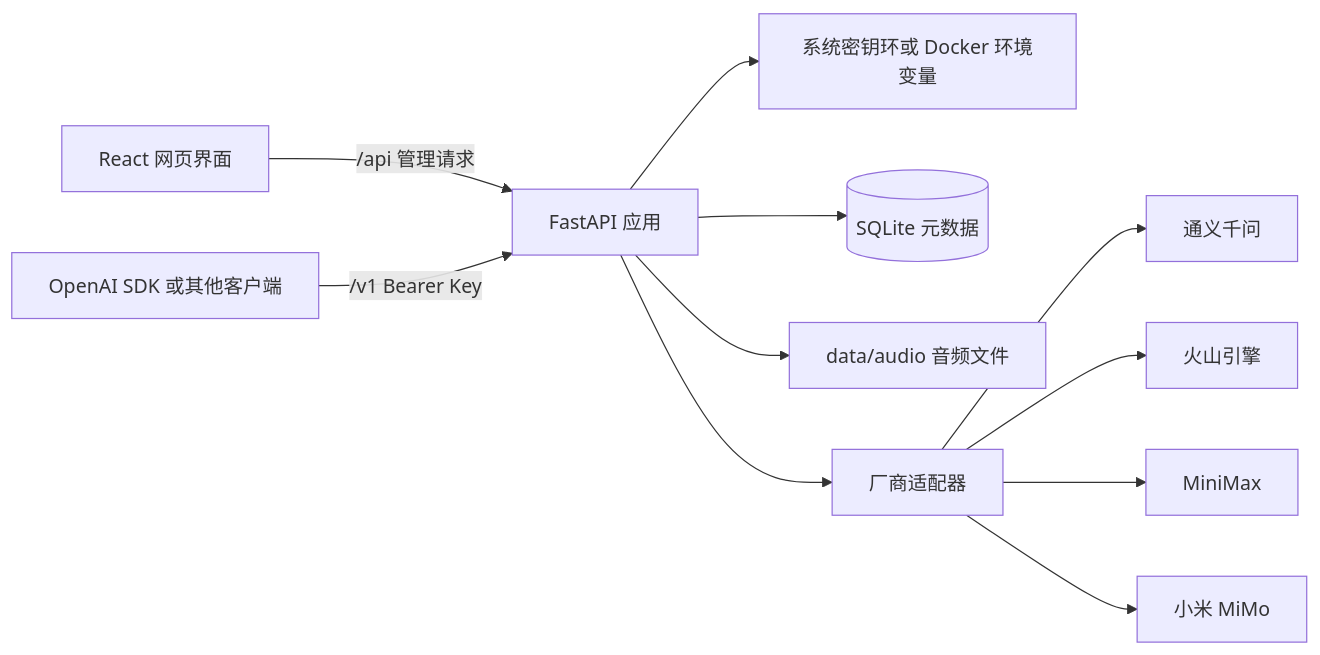
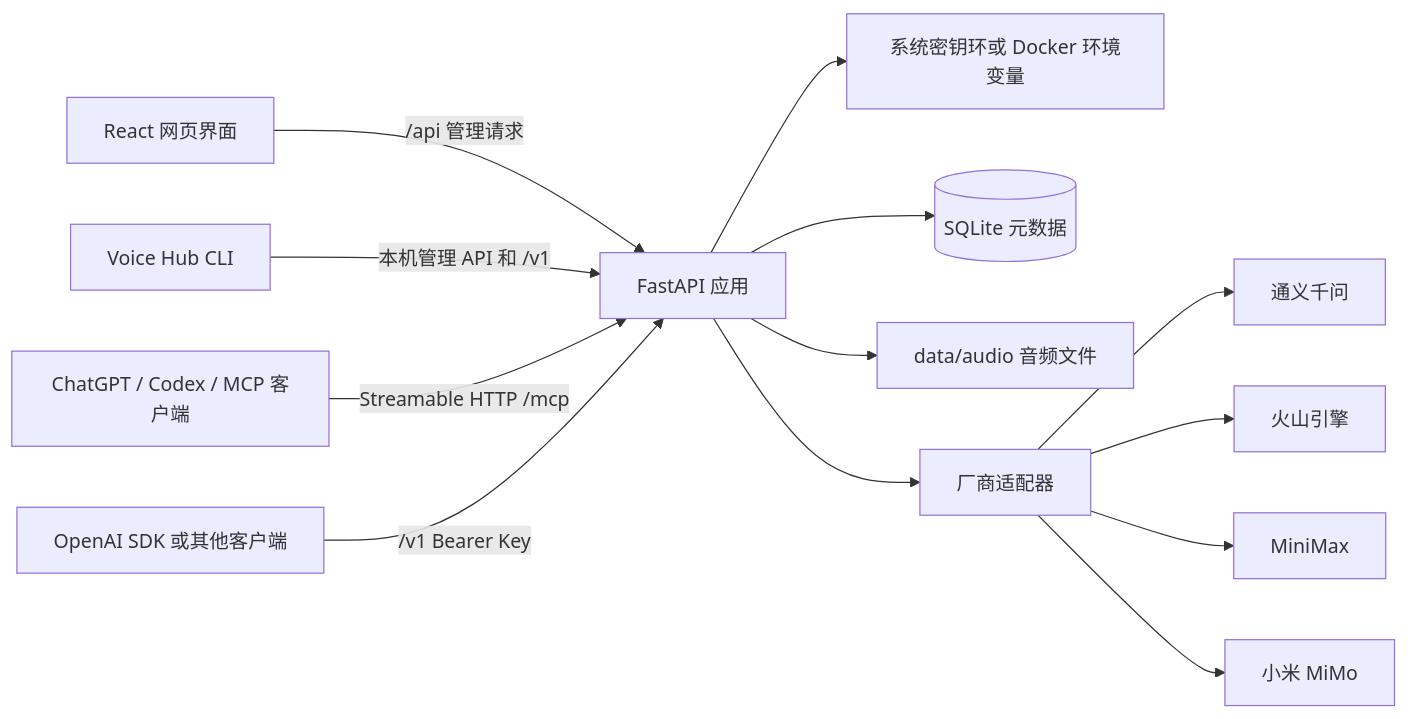
One commit to RainyHorizon/voice-hub changed the first of 2 diagrams in docs/ARCHITECTURE.md. Above: the diagram before and after it, drawn with Mermaid. The commit also changed other lines of this file and 57 other files, not shown here.

Commit message:
feat: add Voice Hub CLI MCP and frontend improvements

````diff
--- a/docs/ARCHITECTURE.md
+++ b/docs/ARCHITECTURE.md
@@ -5,13 +5,15 @@
 ```mermaid
 flowchart LR
     Browser[React 网页界面] -->|/api 管理请求| API[FastAPI 应用]
+    CLI[Voice Hub CLI] -->|本机管理 API 和 /v1| API
+    Agent[ChatGPT / Codex / MCP 客户端] -->|Streamable HTTP /mcp| API
     Client[OpenAI SDK 或其他客户端] -->|/v1 Bearer Key| API
     API --> Credential[系统密钥环或 Docker 环境变量]
     API --> DB[(SQLite 元数据)]
     API --> Files[data/audio 音频文件]
     API --> Providers[厂商适配器]
     Providers --> Qwen[通义千问]
     Providers --> Volc[火山引擎]
     Providers --> MiniMax[MiniMax]
     Providers --> MiMo[小米 MiMo]
 ```
````
